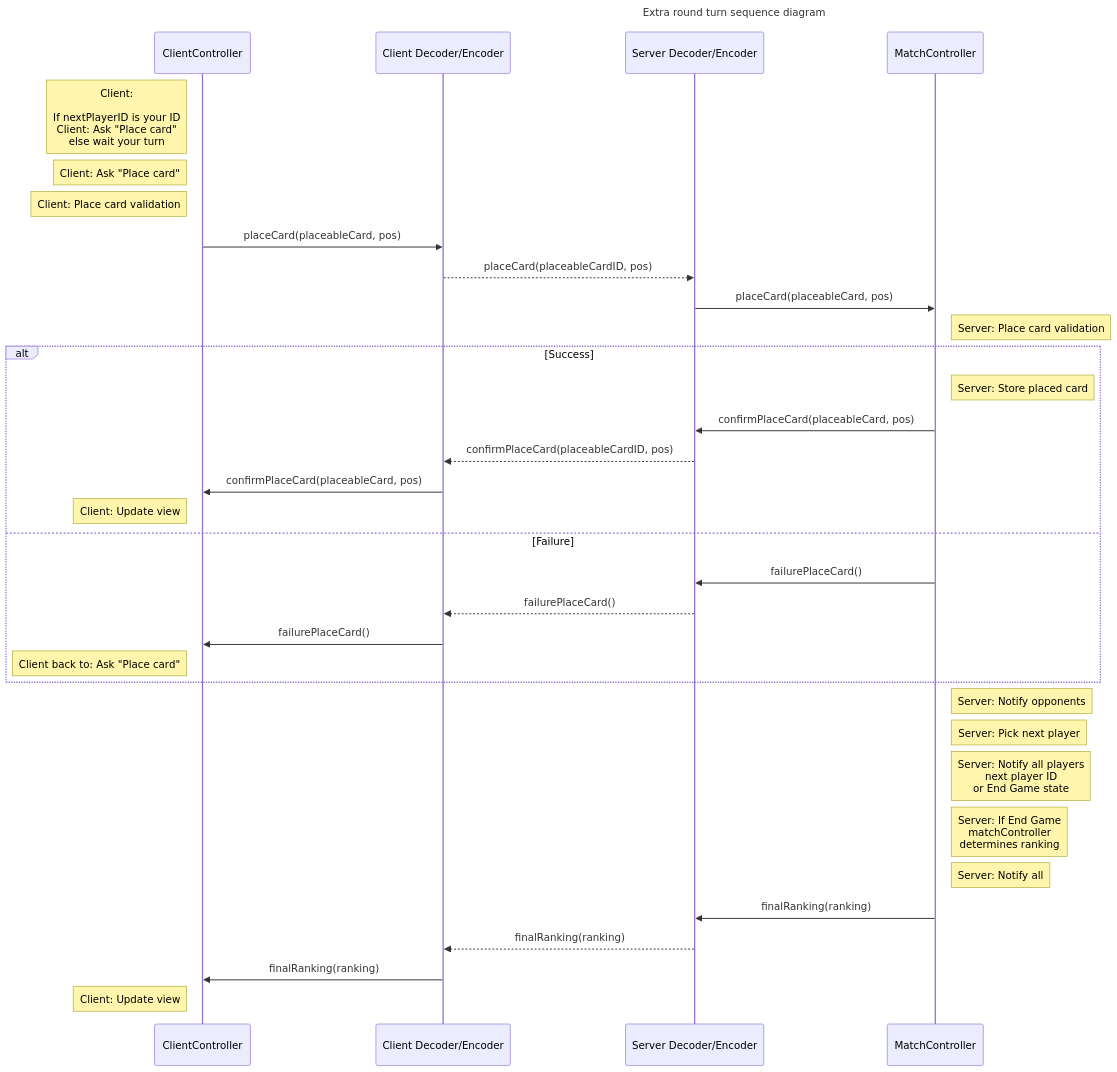
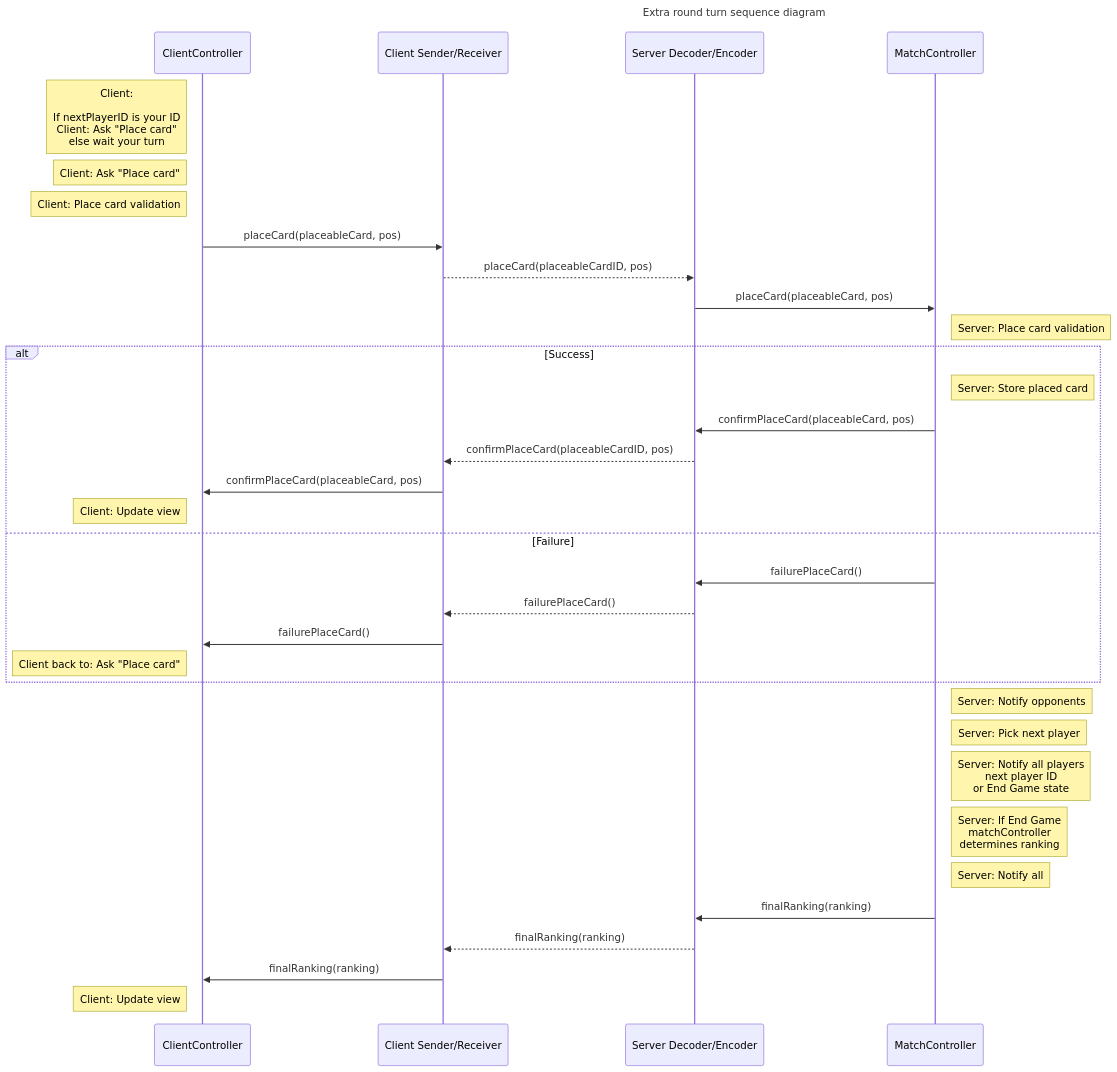
The eighth of 8 diagrams in README.md (SteveOrDan/IS24-AM17), drawn with Mermaid before and after one commit. The commit also changed other lines of this file, not shown here.

````diff
--- a/README.md
+++ b/README.md
@@ -1963,52 +1975,52 @@
 ```mermaid
 sequenceDiagram
     title Extra round turn sequence diagram
 
     participant C as ClientController
-    participant Cn as Client Decoder/Encoder
+    participant Cn as Client Sender/Receiver
     participant Sn as Server Decoder/Encoder
     participant M as MatchController
     
     Note left of C: Client:<br><br> If nextPlayerID is your ID<br>Client: Ask "Place card"<br>else wait your turn
     Note left of C: Client: Ask "Place card"
     Note left of C: Client: Place card validation
 
     C->>Cn: placeCard(placeableCard, pos)
 
     Cn-->>Sn: placeCard(placeableCardID, pos)
 
     Sn->>M: placeCard(placeableCard, pos)
 
     Note right of M: Server: Place card validation
 
     alt Success
         Note right of M: Server: Store placed card
         M->>Sn: confirmPlaceCard(placeableCard, pos)
 
         Sn-->>Cn: confirmPlaceCard(placeableCardID, pos)
 
         Cn->>C: confirmPlaceCard(placeableCard, pos)
         Note left of C: Client: Update view
     else Failure
         M->>Sn: failurePlaceCard()
 
         Sn-->>Cn: failurePlaceCard()
 
         Cn->>C: failurePlaceCard()
         Note left of C: Client back to: Ask "Place card"
     end
 
     Note right of M: Server: Notify opponents
     Note right of M: Server: Pick next player
     Note right of M: Server: Notify all players<br> next player ID<br>or End Game state
     Note right of M: Server: If End Game<br>matchController<br>determines ranking
 
     Note right of M: Server: Notify all
     M->>Sn: finalRanking(ranking)
 
     Sn-->>Cn: finalRanking(ranking)
 
     Cn->>C: finalRanking(ranking)
     Note left of C: Client: Update view
 
 ```
````
